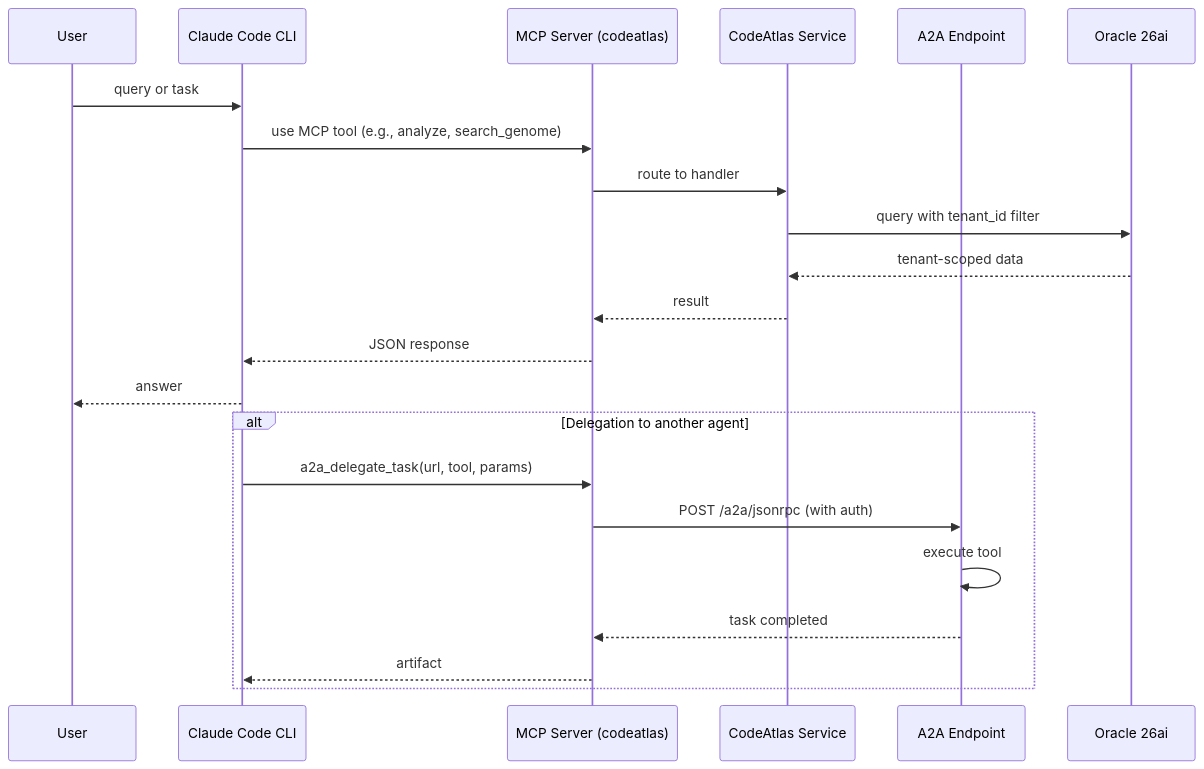
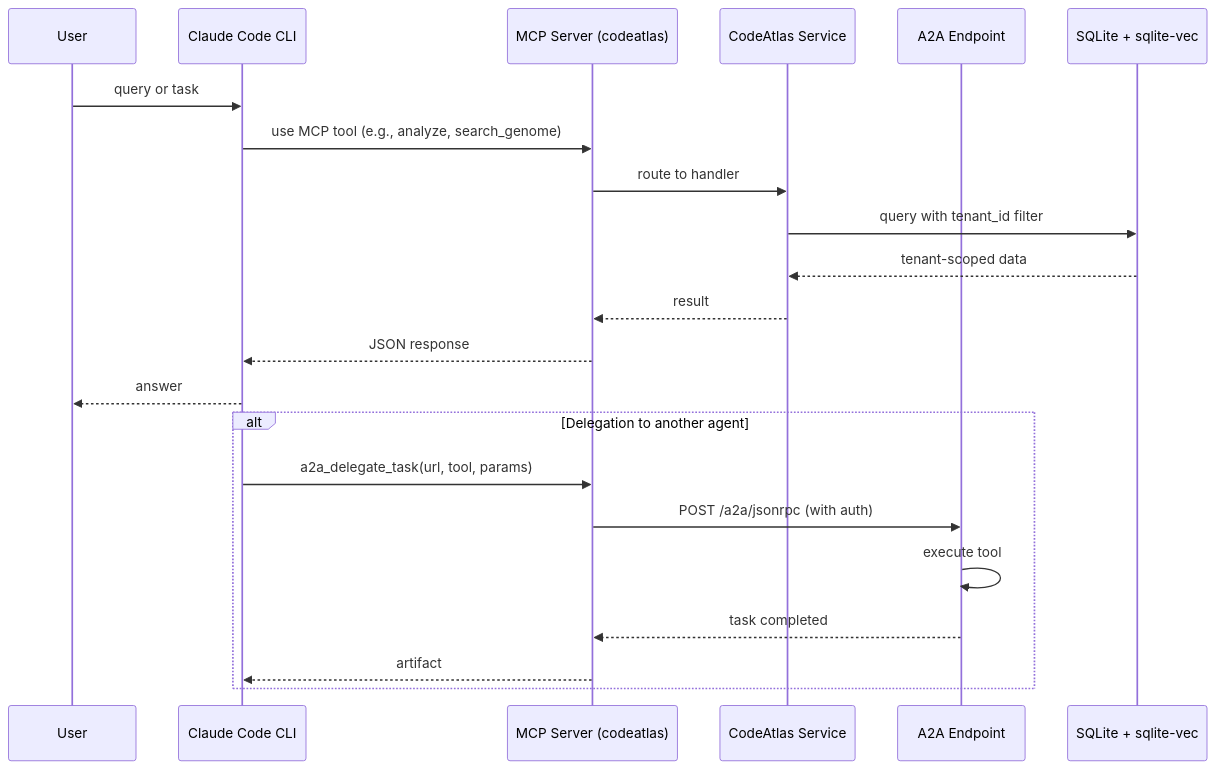
Before and after one commit to giauphan/codeatlas-platform: the eighth of 10 diagrams in docs/a2a-flow.md, drawn with Mermaid. The commit also changed other lines of this file and 79 other files, not shown here.

First line of the commit message:
Migrate from Oracle to SQLite as default database (#226)

````diff
--- a/docs/a2a-flow.md
+++ b/docs/a2a-flow.md
@@ -180,26 +180,26 @@
 ```mermaid
 sequenceDiagram
     participant User as User
     participant Claude as Claude Code CLI
     participant MCP as MCP Server (codeatlas)
     participant Service as CodeAtlas Service
     participant A2A as A2A Endpoint
-    participant Oracle as Oracle 26ai
+    participant SQLite as SQLite + sqlite-vec
 
     User->>Claude: query or task
     Claude->>MCP: use MCP tool (e.g., analyze, search_genome)
     MCP->>Service: route to handler
-    Service->>Oracle: query with tenant_id filter
-    Oracle-->>Service: tenant-scoped data
+    Service->>SQLite: query with tenant_id filter
+    SQLite-->>Service: tenant-scoped data
     Service-->>MCP: result
     MCP-->>Claude: JSON response
     Claude-->>User: answer
 
     alt Delegation to another agent
         Claude->>MCP: a2a_delegate_task(url, tool, params)
         MCP->>A2A: POST /a2a/jsonrpc (with auth)
         A2A->>A2A: execute tool
         A2A-->>MCP: task completed
         MCP-->>Claude: artifact
     end
 ```
````
